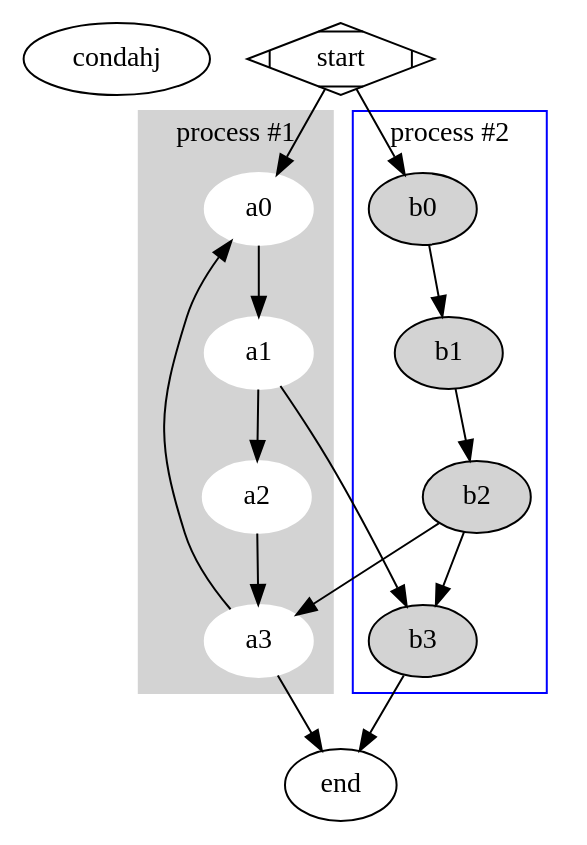
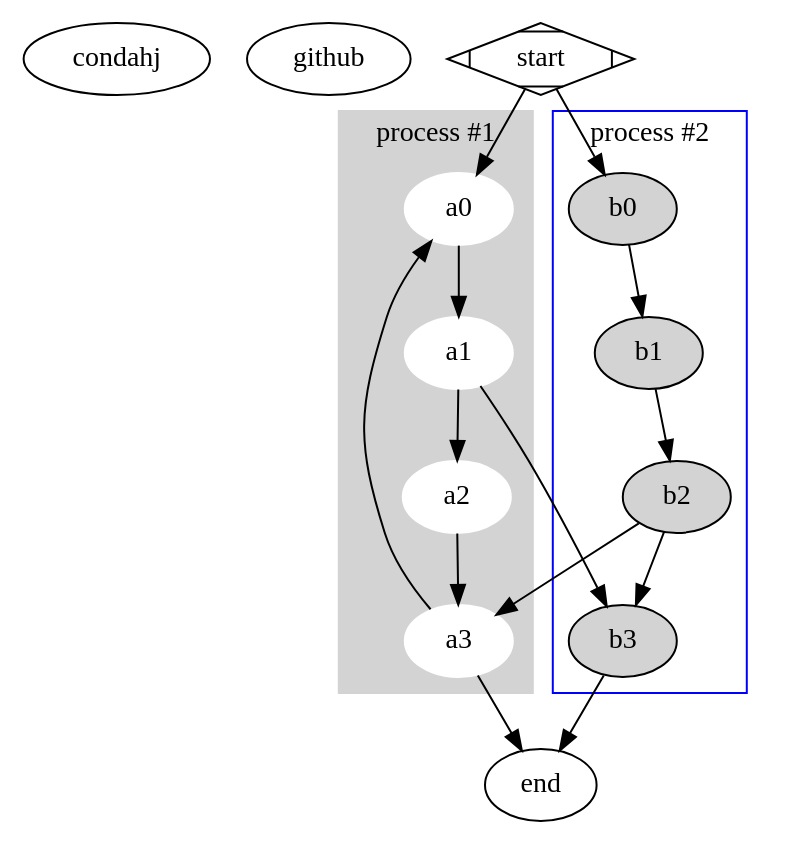
One commit to tudat-team/tudat-developer-docs changed the diagram in source/topics/devops.rst. Above: the diagram before and after it, drawn with Graphviz.

```diff
--- a/source/topics/devops.rst
+++ b/source/topics/devops.rst
@@ -11,31 +11,32 @@
 .. graphviz::
     :align: center
 
     digraph G {
-        conda [label = "condahj", href = "#conda", target="_top"];
+        conda [label = "condahj", href = "#conda"];
+        git [label = "github", href = "#github"];
         start [shape = Mdiamond, label = "start", href = "#cnda", target="_top"];
 
         subgraph cluster_0 {
         style = filled;
         color = lightgrey;
         node [style = filled,color = white];
         a0 -> a1 -> a2 -> a3;
         label = "process #1";
         }
 
         subgraph cluster_1 {
         node [style = filled];
         b0 -> b1 -> b2 -> b3;
         label = "process #2";
         color = blue
         }
         start -> a0;
         start -> b0;
         a1 -> b3;
         b2 -> a3;
         a3 -> a0;
         a3 -> end;
         b3 -> end;
 
         start [shape = Mdiamond];
     }
```
